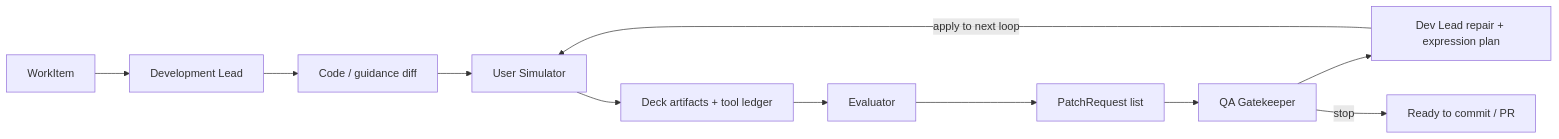
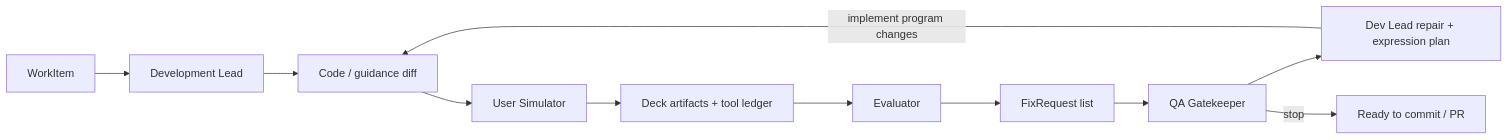
The diagram in docs/dev-loop-architecture.md (murasamelabo/pptcreater), drawn with Mermaid before and after one commit. The commit also changed other lines of this file and 7 other files, not shown here.

````diff
--- a/docs/dev-loop-architecture.md
+++ b/docs/dev-loop-architecture.md
@@ -171,13 +171,13 @@
 ```mermaid
 flowchart LR
   WI[WorkItem] --> DEV[Development Lead]
   DEV --> DIFF[Code / guidance diff]
   DIFF --> USER[User Simulator]
   USER --> ART[Deck artifacts + tool ledger]
   ART --> EVAL[Evaluator]
-  EVAL --> PR[PatchRequest list]
+  EVAL --> PR[FixRequest list]
   PR --> QA[QA Gatekeeper]
   QA --> PLAN[Dev Lead repair + expression plan]
-  PLAN -- apply to next loop --> USER
+  PLAN -- implement program changes --> DIFF
   QA -- stop --> DONE[Ready to commit / PR]
 ```
````
